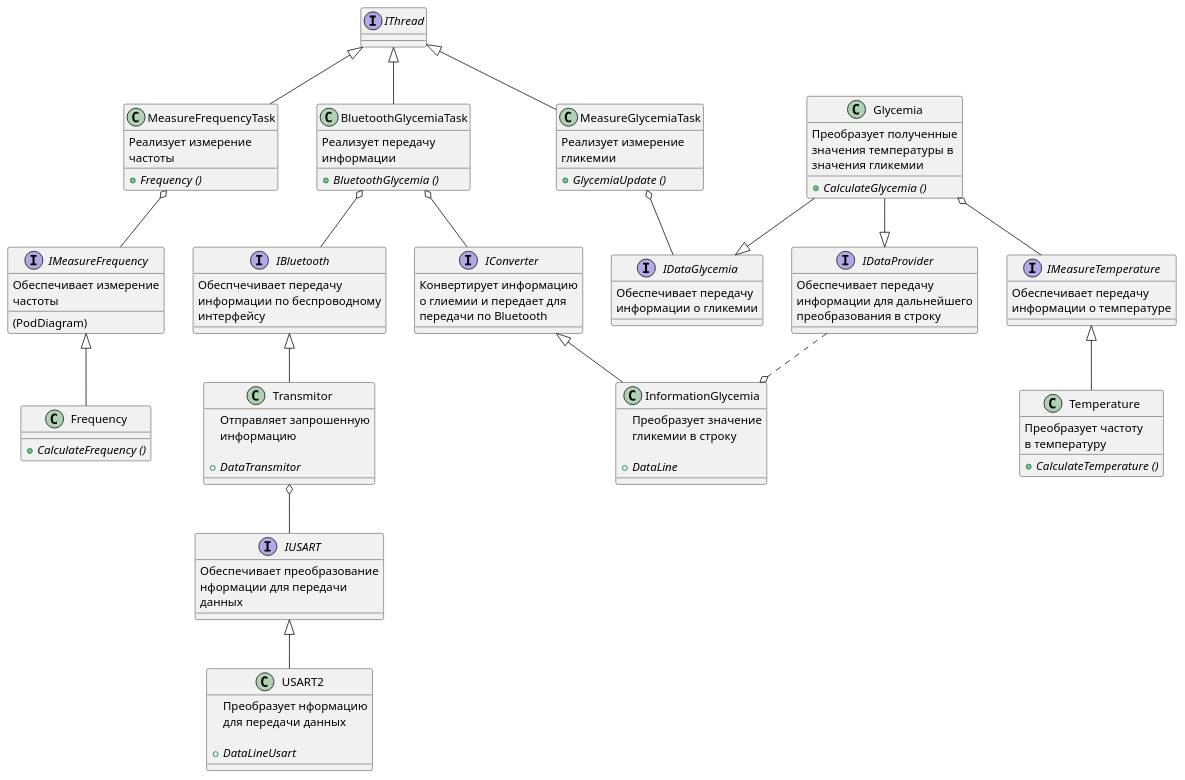
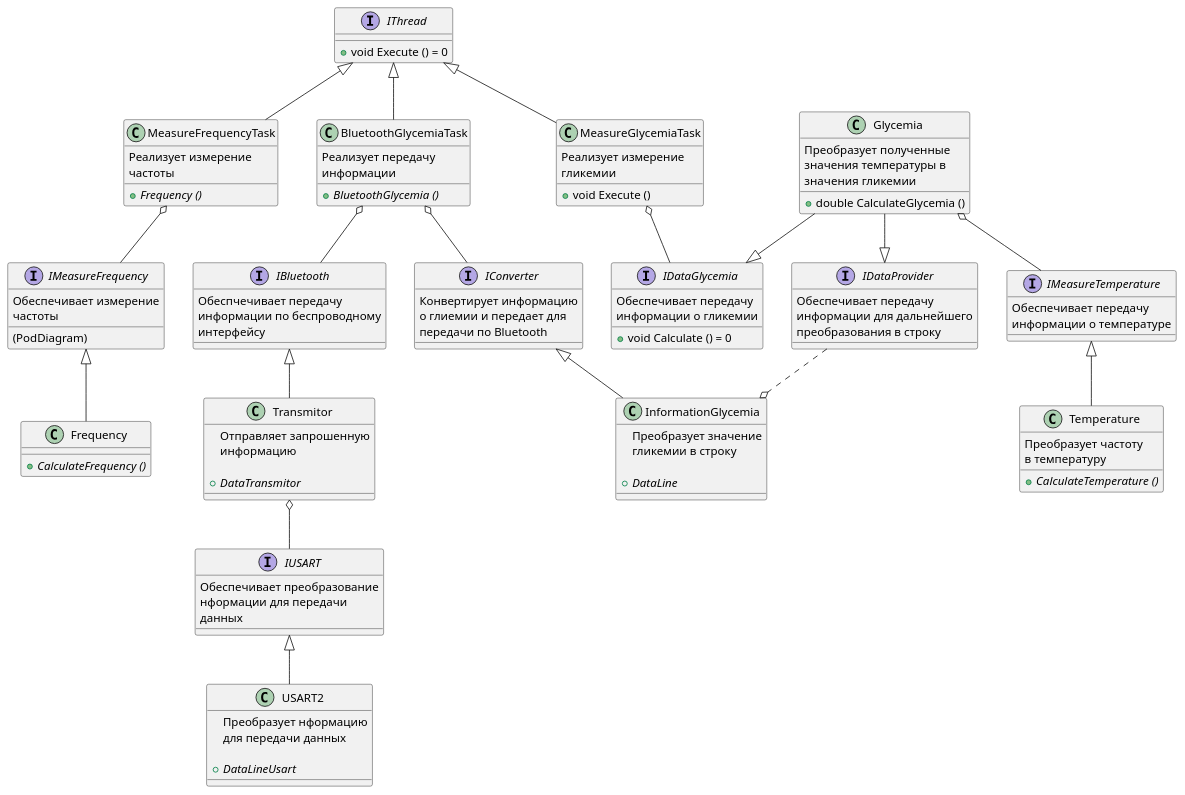
Before and after one commit to Luda-Seliv-KE-413/Kursovoy: the diagram in DOC/Diagram.puml, drawn with PlantUML. The commit also changed 3 other files, not shown here.

```diff
--- a/DOC/Diagram.puml
+++ b/DOC/Diagram.puml
@@ -1,128 +1,133 @@
 @startuml main 
 
 interface IThread
+{
+    + void Execute () = 0
+}
 class MeasureGlycemiaTask
 {
     Реализует измерение
     гликемии
 
-    + {abstract} GlycemiaUpdate ()
+    + void Execute ()
 }
 class Glycemia
 {
     Преобразует полученные
     значения температуры в
     значения гликемии
 
-     + {abstract} CalculateGlycemia ()
+     + double CalculateGlycemia ()
 }
 interface IMeasureTemperature
 {
     Обеспечивает передачу
     информации о температуре
 }
 class Temperature
 {
     Преобразует частоту
     в температуру
 
      + {abstract} CalculateTemperature ()
 }
 class MeasureFrequencyTask
 {
     Реализует измерение
     частоты
 
     + {abstract} Frequency ()
 }
 interface IMeasureFrequency
 {
     Обеспечивает измерение
     частоты
     (PodDiagram)
 }
 class Frequency
 {
      + {abstract} CalculateFrequency ()
 }
 
 IThread <|-down- MeasureGlycemiaTask
 IDataGlycemia -up-o MeasureGlycemiaTask
 IDataGlycemia <|-up- Glycemia
 IMeasureTemperature -up-o Glycemia
 Temperature -up-|> IMeasureTemperature
 Frequency -up-|> IMeasureFrequency
 MeasureFrequencyTask -up-|> IThread
 IMeasureFrequency -up-o MeasureFrequencyTask
 
 class BluetoothGlycemiaTask
 {
     Реализует передачу
     информации
 
      + {abstract} BluetoothGlycemia ()
 }
 class USART2
 {
     Преобразует нформацию
     для передачи данных
     
     + {abstract} DataLineUsart
 }
 class Transmitor
 {
     Отправляет запрошенную
     информацию
     
     + {abstract} DataTransmitor
 }
 interface IDataGlycemia
 {
     Обеспечивает передачу
     информации о гликемии
+
+    + void Calculate () = 0
 }
 class InformationGlycemia
 {
     Преобразует значение 
     гликемии в строку
     
     + {abstract} DataLine
 }
 interface IBluetooth
 {
     Обеспчечивает передачу 
     информации по беспроводному
     интерфейсу
 }
 interface IUSART
 {
     Обеспечивает преобразование 
     нформации для передачи 
     данных
 }
 interface IConverter
 {
     Конвертирует информацию 
     о глиемии и передает для 
     передачи по Bluetooth
 }
 interface IDataProvider
 {
     Обеспечивает передачу 
     информации для дальнейшего 
     преобразования в строку
 }
 
 IThread <|-- BluetoothGlycemiaTask
 BluetoothGlycemiaTask o-- IBluetooth
 Transmitor -up-|> IBluetooth
 IUSART -up-o Transmitor
 USART2 -up-|> IUSART
 InformationGlycemia -up-|> IConverter
 IConverter -up-o BluetoothGlycemiaTask
 
 
 InformationGlycemia o.up.IDataProvider
 Glycemia --|> IDataProvider
 
 @enduml
```
